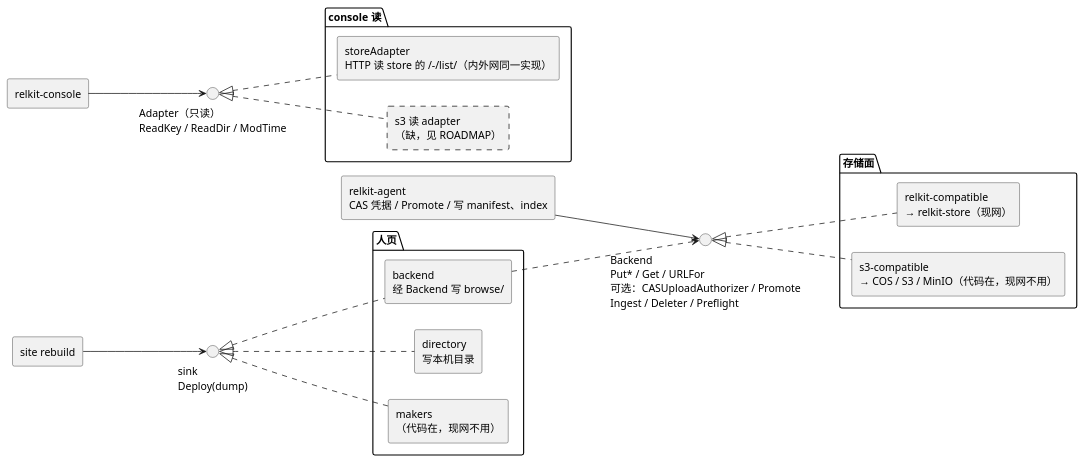
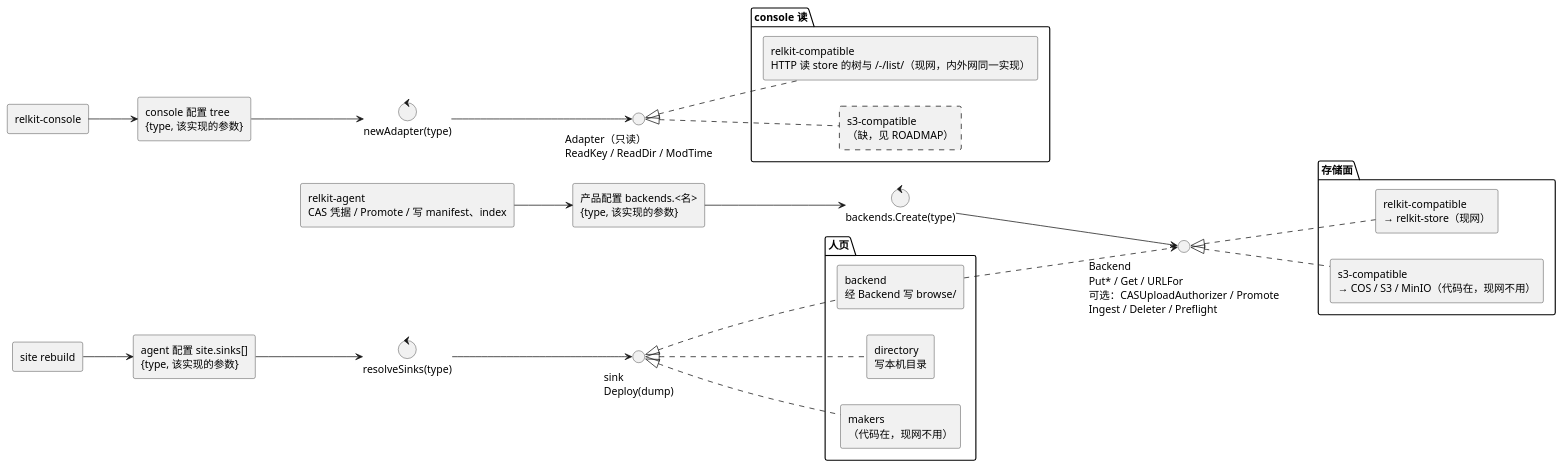
Before and after one commit to shichao402/relkit: the sixth of 6 diagrams in docs/design/topology.md, drawn with PlantUML. The commit also changed other lines of this file and 14 other files, not shown here.

First line of the commit message:
console: configure the tree reader as an abstract adapter entry

````diff
--- a/docs/design/topology.md
+++ b/docs/design/topology.md
@@ -273,43 +281,57 @@
 ```plantuml
 @startuml
 skinparam shadowing false
 skinparam componentStyle rectangle
 left to right direction
 
 component "relkit-agent\nCAS 凭据 / Promote / 写 manifest、index" as agent
 component "site rebuild" as rebuild
 component "relkit-console" as console
 
+rectangle "产品配置 backends.<名>\n{type, 该实现的参数}" as cb
+rectangle "agent 配置 site.sinks[]\n{type, 该实现的参数}" as cs
+rectangle "console 配置 tree\n{type, 该实现的参数}" as ct
+
+control "backends.Create(type)" as fb
+control "resolveSinks(type)" as fs
+control "newAdapter(type)" as fa
+
 interface "Backend\nPut* / Get / URLFor\n可选：CASUploadAuthorizer / Promote\nIngest / Deleter / Preflight" as IB
 interface "sink\nDeploy(dump)" as IS
 interface "Adapter（只读）\nReadKey / ReadDir / ModTime" as IA
 
-agent --> IB
-rebuild --> IS
-console --> IA
+agent --> cb
+rebuild --> cs
+console --> ct
+cb --> fb
+cs --> fs
+ct --> fa
+fb --> IB
+fs --> IS
+fa --> IA
 
 package "存储面" {
   [relkit-compatible\n→ relkit-store（现网）] as rc
   [s3-compatible\n→ COS / S3 / MinIO（代码在，现网不用）] as s3
 }
 IB <|.. rc
 IB <|.. s3
 
 package "人页" {
   [backend\n经 Backend 写 browse/] as sb
   [directory\n写本机目录] as sd
   [makers\n（代码在，现网不用）] as sm
 }
 IS <|.. sb
 IS <|.. sd
 IS <|.. sm
 sb ..> IB
 
 package "console 读" {
-  [storeAdapter\nHTTP 读 store 的 /-/list/（内外网同一实现）] as sa
-  [s3 读 adapter\n（缺，见 ROADMAP）] as s3r #line.dashed
+  [relkit-compatible\nHTTP 读 store 的树与 /-/list/（现网，内外网同一实现）] as sa
+  [s3-compatible\n（缺，见 ROADMAP）] as s3r #line.dashed
 }
 IA <|.. sa
 IA <|.. s3r
 @enduml
 ```
````
